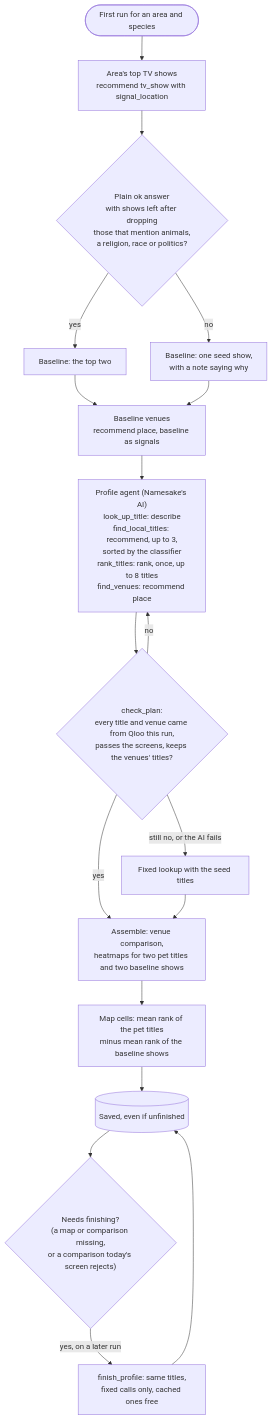
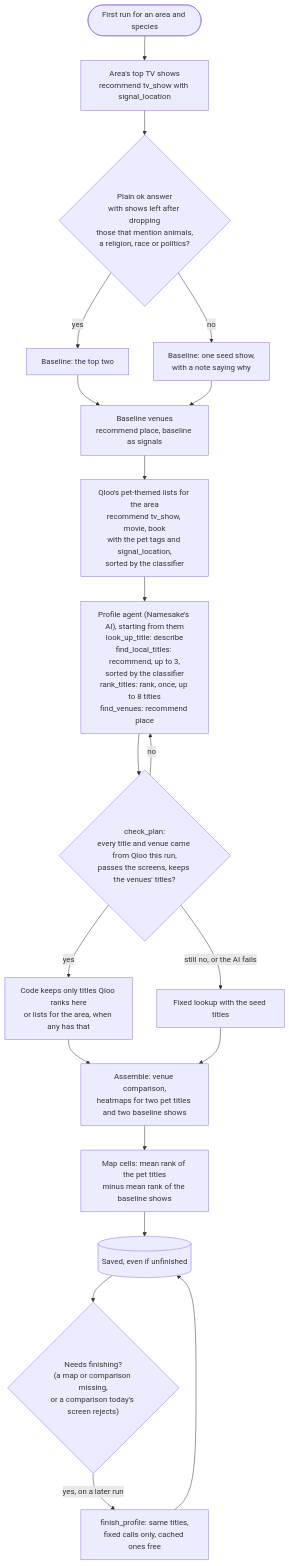
One commit to bsabau/namesake changed the third of 5 diagrams in docs/architecture.md. Above: the diagram before and after it, drawn with Mermaid. The commit also changed other lines of this file and 13 other files, not shown here.

First line of the commit message:
Pet titles start from Qloo's own lists, and stay only with Qloo's evidence (decision 22)

````diff
--- a/docs/architecture.md
+++ b/docs/architecture.md
@@ -128,20 +129,22 @@
 ```mermaid
 flowchart TD
     start(["First run for an area and species"]) --> tastes["Area's top TV shows<br/>recommend tv_show with signal_location"]
     tastes --> usable{"Plain ok answer<br/>with shows left after dropping<br/>those that mention animals,<br/>a religion, race or politics?"}
     usable -- yes --> base["Baseline: the top two"]
     usable -- no --> seed["Baseline: one seed show,<br/>with a note saying why"]
     base --> basevenues["Baseline venues<br/>recommend place, baseline as signals"]
     seed --> basevenues
-    basevenues --> ai["Profile agent (Namesake's AI)<br/>look_up_title: describe<br/>find_local_titles: recommend, up to 3,<br/>sorted by the classifier<br/>rank_titles: rank, once, up to 8 titles<br/>find_venues: recommend place"]
+    basevenues --> petlists["Qloo's pet-themed lists for the area<br/>recommend tv_show, movie, book<br/>with the pet tags and signal_location,<br/>sorted by the classifier"]
+    petlists --> ai["Profile agent (Namesake's AI), starting from them<br/>look_up_title: describe<br/>find_local_titles: recommend, up to 3,<br/>sorted by the classifier<br/>rank_titles: rank, once, up to 8 titles<br/>find_venues: recommend place"]
     ai --> check{"check_plan:<br/>every title and venue came from Qloo this run,<br/>passes the screens, keeps the venues' titles?"}
     check -- no --> ai
     check -- "still no, or the AI fails" --> fixed["Fixed lookup with the seed titles"]
-    check -- yes --> assemble
+    check -- yes --> evidence["Code keeps only titles Qloo ranks here<br/>or lists for the area, when any has that"]
+    evidence --> assemble
     fixed --> assemble["Assemble: venue comparison,<br/>heatmaps for two pet titles and two baseline shows"]
     assemble --> lift["Map cells: mean rank of the pet titles<br/>minus mean rank of the baseline shows"]
     lift --> save[("Saved, even if unfinished")]
     save --> later{"Needs finishing?<br/>(a map or comparison missing,<br/>or a comparison today's screen rejects)"}
     later -- "yes, on a later run" --> finish["finish_profile: same titles,<br/>fixed calls only, cached ones free"]
     finish --> save
 ```
````
